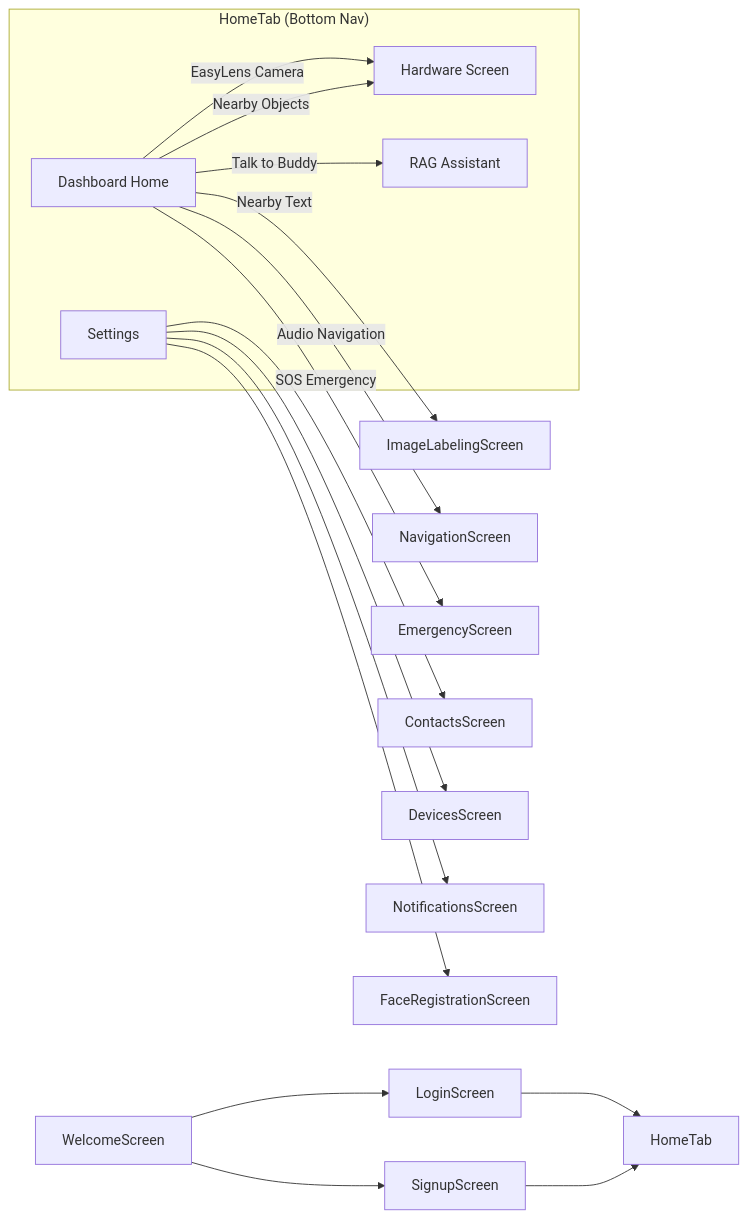
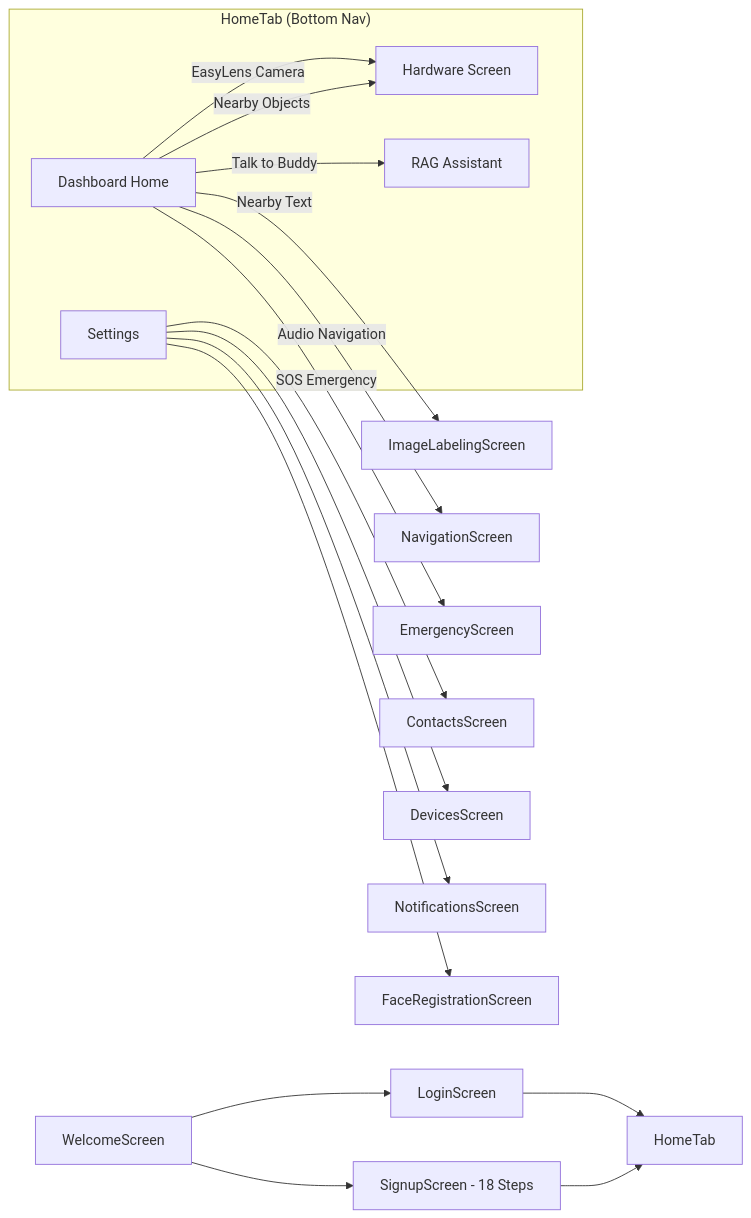
One commit to Thes-IS-IT/Easylens changed the diagram in docs/source-of-truth/03_screens_and_navigation.md. Above: the diagram before and after it, drawn with Mermaid. The commit also changed other lines of this file and 10 other files, not shown here.

Commit message:
docs: expand Source of Truth documentation with recent features and architectural updates

````diff
--- a/docs/source-of-truth/03_screens_and_navigation.md
+++ b/docs/source-of-truth/03_screens_and_navigation.md
@@ -11,26 +11,26 @@
 ```mermaid
 graph LR
     Welcome[WelcomeScreen] --> Login[LoginScreen]
-    Welcome --> Signup[SignupScreen]
+    Welcome --> Signup[SignupScreen - 18 Steps]
     Login --> Home[HomeTab]
     Signup --> Home
 
     subgraph HomeTab["HomeTab (Bottom Nav)"]
         Tab0[Dashboard Home]
         Tab1[Hardware Screen]
         Tab2[RAG Assistant]
         Tab3[Settings]
     end
 
     Tab0 -->|"Talk to Buddy"| Tab2
     Tab0 -->|"EasyLens Camera"| Tab1
     Tab0 -->|"Nearby Text"| ImageLabeling[ImageLabelingScreen]
     Tab0 -->|"Nearby Objects"| Tab1
     Tab0 -->|"Audio Navigation"| Navigation[NavigationScreen]
     Tab0 -->|"SOS Emergency"| Emergency[EmergencyScreen]
 
     Tab3 --> Contacts[ContactsScreen]
     Tab3 --> Devices[DevicesScreen]
     Tab3 --> Notifications[NotificationsScreen]
     Tab3 --> FaceReg[FaceRegistrationScreen]
 ```
````
